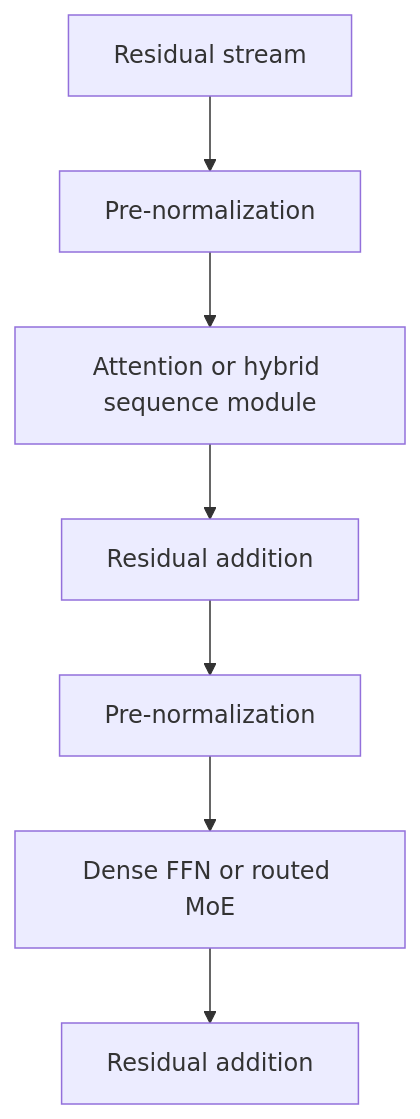
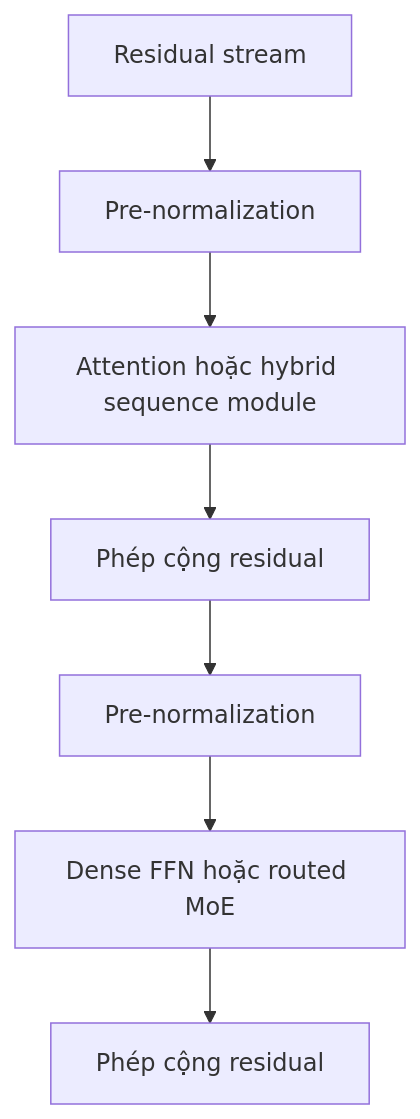
Before and after one commit to cycler04/VinRobotics-VLA: the second of 28 diagrams in docs/research_finding/01-gwen/broad_overview/LLM_VLM/recent_llm_overview.md, drawn with Mermaid. The commit also changed other lines of this file and 79 other files, not shown here.

````diff
--- a/docs/research_finding/01-gwen/broad_overview/LLM_VLM/recent_llm_overview.md
+++ b/docs/research_finding/01-gwen/broad_overview/LLM_VLM/recent_llm_overview.md
@@ -100,9 +100,9 @@
 ```mermaid
 flowchart TD
     X[Residual stream] --> N1[Pre-normalization]
-    N1 --> ATT[Attention or hybrid sequence module]
-    ATT --> R1[Residual addition]
+    N1 --> ATT[Attention hoặc hybrid sequence module]
+    ATT --> R1[Phép cộng residual]
     R1 --> N2[Pre-normalization]
-    N2 --> FFN[Dense FFN or routed MoE]
-    FFN --> R2[Residual addition]
+    N2 --> FFN[Dense FFN hoặc routed MoE]
+    FFN --> R2[Phép cộng residual]
 ```
````
